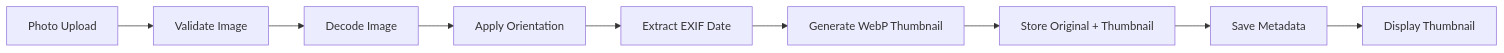
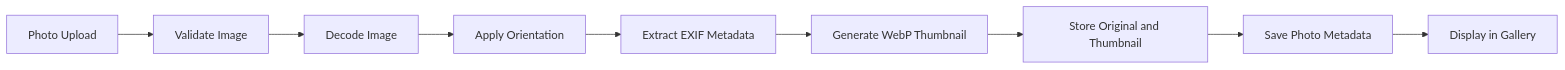
The second of 3 diagrams in README.md (ankitsingyadav/photo-albums), drawn with Mermaid before and after one commit. The commit also changed other lines of this file, not shown here.

````diff
--- a/README.md
+++ b/README.md
@@ -174,11 +122,11 @@
 ```mermaid
 flowchart LR
     A[Photo Upload] --> B[Validate Image]
     B --> C[Decode Image]
     C --> D[Apply Orientation]
-    D --> E[Extract EXIF Date]
+    D --> E[Extract EXIF Metadata]
     E --> F[Generate WebP Thumbnail]
-    F --> G[Store Original + Thumbnail]
-    G --> H[Save Metadata]
-    H --> I[Display Thumbnail]
+    F --> G[Store Original and Thumbnail]
+    G --> H[Save Photo Metadata]
+    H --> I[Display in Gallery]
 ```
````
